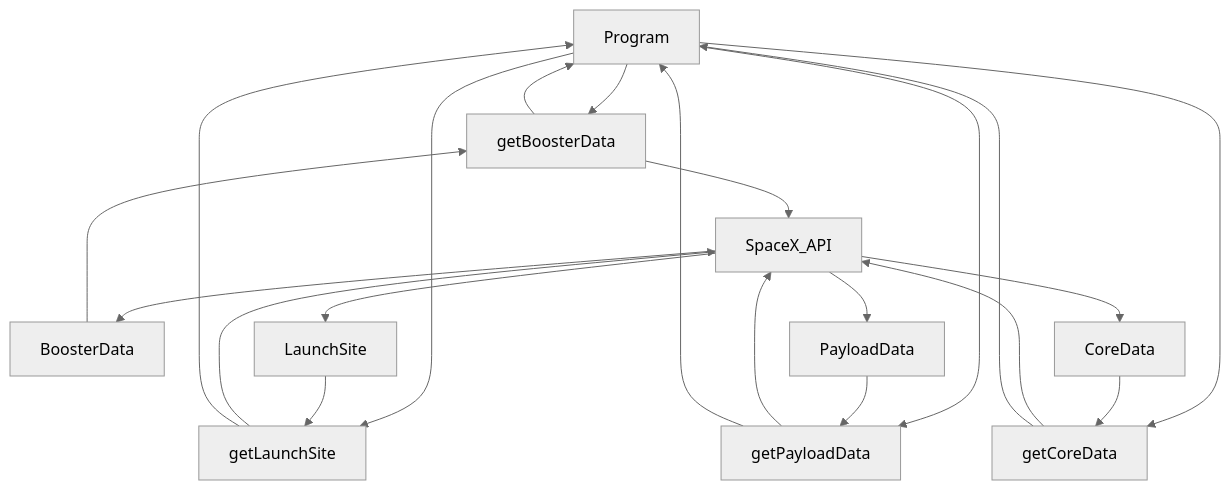
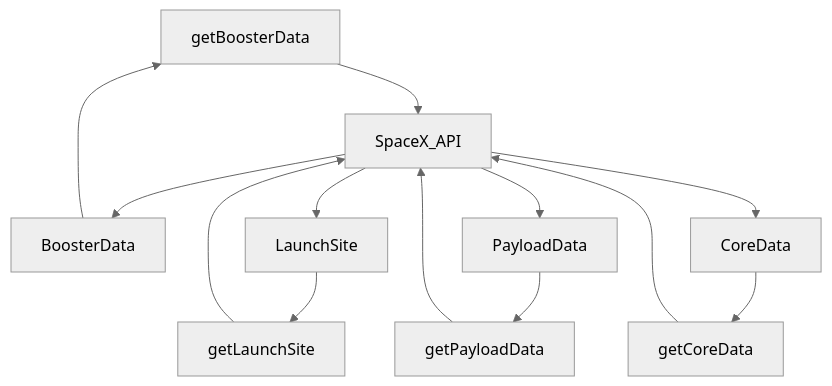
The second of 2 diagrams in data_collection_flowchart.md (advaitvd/spacex_dashapp), drawn with Mermaid (neutral theme) before and after one commit.

````diff
--- a/data_collection_flowchart.md
+++ b/data_collection_flowchart.md
@@ -12,11 +12,7 @@
 ```mermaid
 graph TD;
-  Program-->getBoosterData;
-  Program-->getLaunchSite;
-  Program-->getPayloadData;
-  Program-->getCoreData;
-  getBoosterData-->SpaceX_API-->BoosterData-->getBoosterData-->Program;
-  getLaunchSite-->SpaceX_API-->LaunchSite-->getLaunchSite-->Program;
-  getPayloadData-->SpaceX_API-->PayloadData-->getPayloadData-->Program;
-  getCoreData-->SpaceX_API-->CoreData-->getCoreData-->Program
+  getBoosterData-->SpaceX_API-->BoosterData-->getBoosterData;
+  getLaunchSite-->SpaceX_API-->LaunchSite-->getLaunchSite;
+  getPayloadData-->SpaceX_API-->PayloadData-->getPayloadData;
+  getCoreData-->SpaceX_API-->CoreData-->getCoreData;
 ```
````
